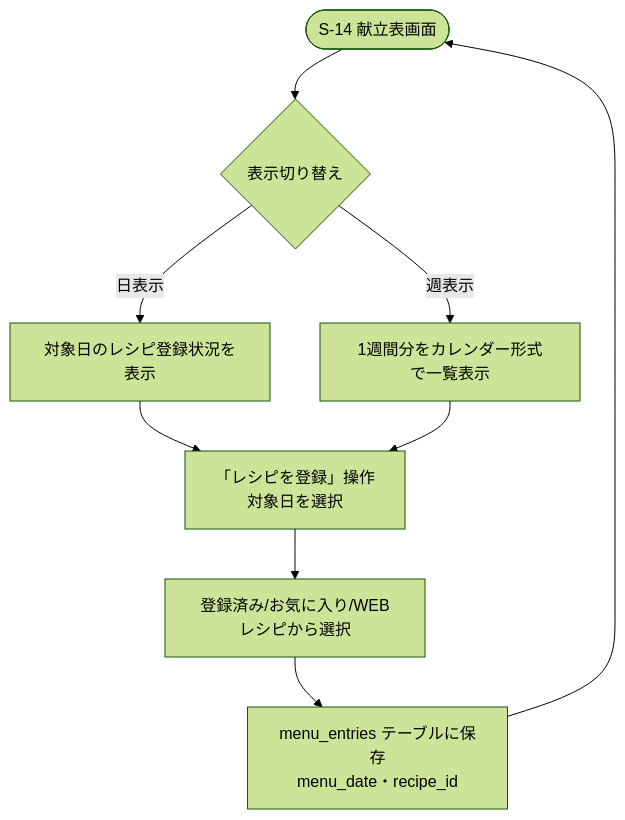
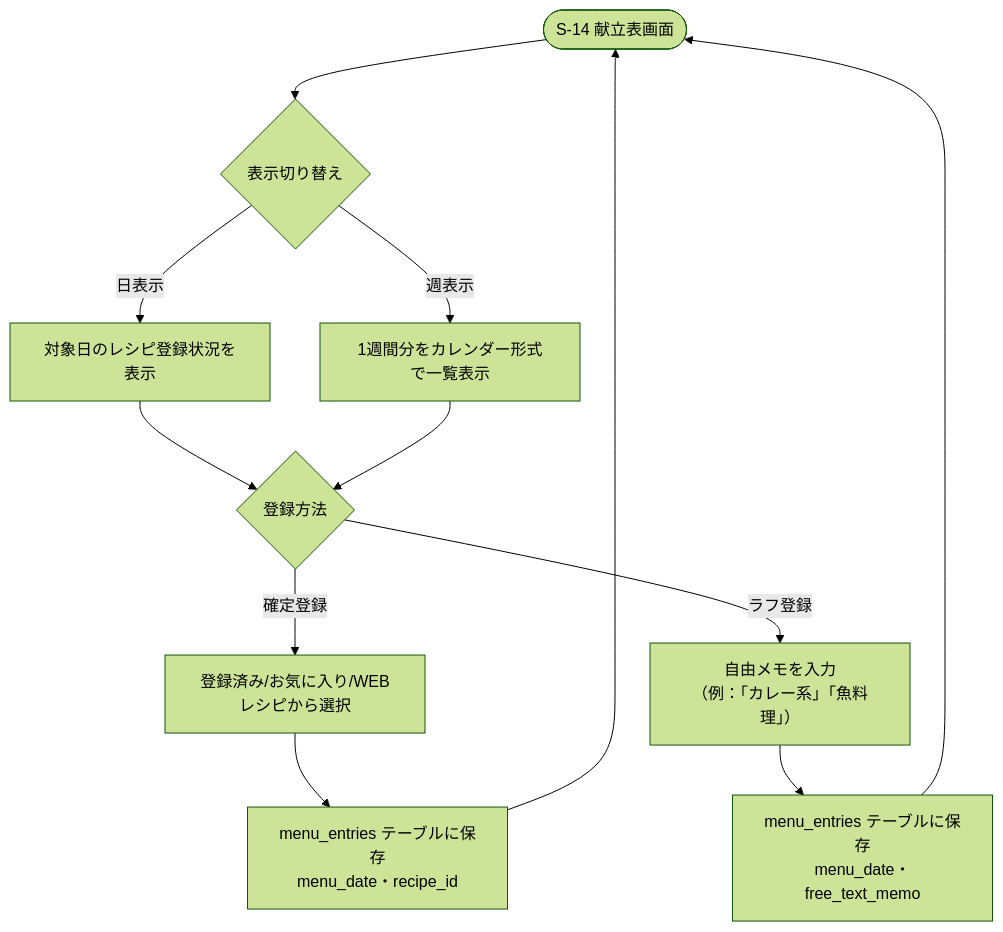
Before and after one commit to yamamotonaoki3/HomeLog: the diagram in docs/details/features/F10_kondate_menu.md, drawn with Mermaid (forest theme). The commit also changed other lines of this file and 10 other files, not shown here.

````diff
--- a/docs/details/features/F10_kondate_menu.md
+++ b/docs/details/features/F10_kondate_menu.md
@@ -19,11 +19,14 @@
 ```mermaid
 flowchart TD
     A([S-14 献立表画面]) --> B{表示切り替え}
     B -- 日表示 --> C[対象日のレシピ登録状況を表示]
     B -- 週表示 --> D[1週間分をカレンダー形式で一覧表示]
-    C --> E["「レシピを登録」操作\n対象日を選択"]
+    C --> E{登録方法}
     D --> E
-    E --> F[登録済み/お気に入り/WEBレシピから選択]
+    E -- 確定登録 --> F[登録済み/お気に入り/WEBレシピから選択]
     F --> G[menu_entries テーブルに保存\nmenu_date・recipe_id]
+    E -- ラフ登録 --> H[自由メモを入力\n（例：「カレー系」「魚料理」）]
+    H --> I[menu_entries テーブルに保存\nmenu_date・free_text_memo]
     G --> A
+    I --> A
 ```
````
